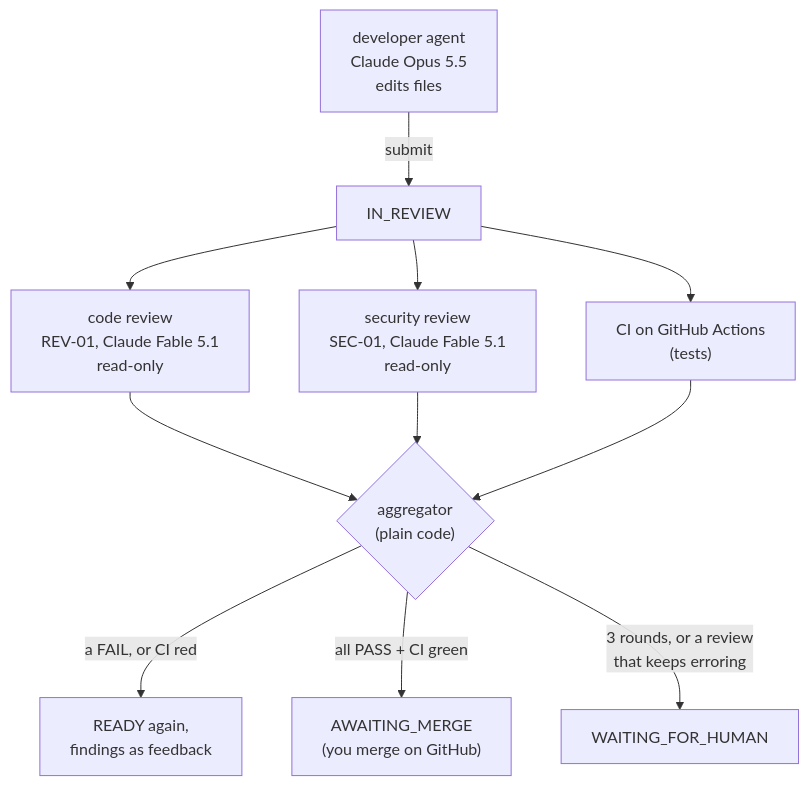
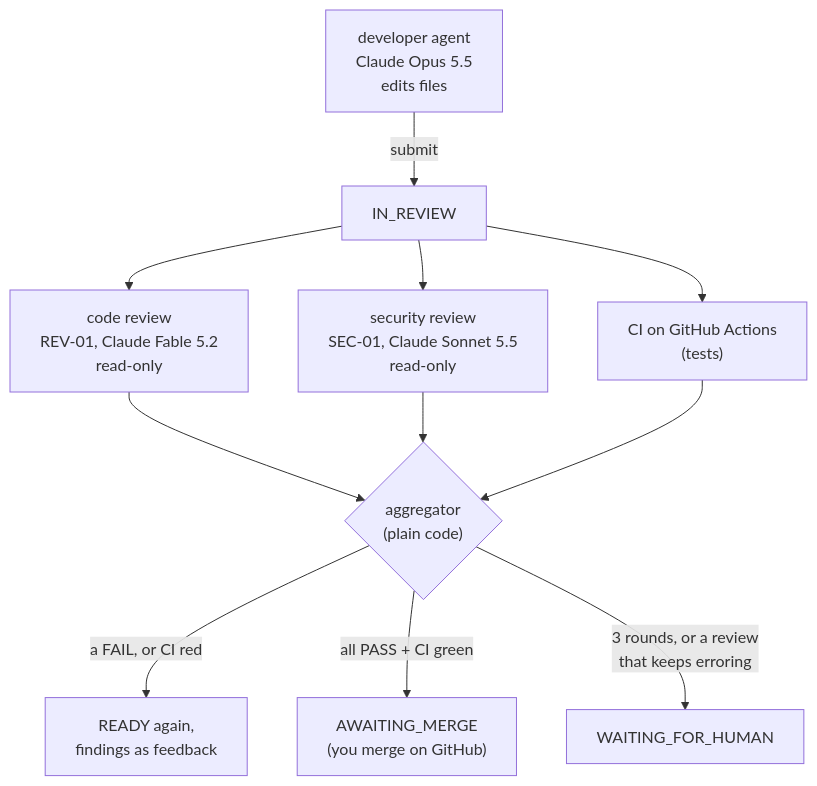
One commit to bharathcmbox/axiom changed the first of 20 diagrams in docs/guide/12-reviews-and-ci.md. Above: the diagram before and after it, drawn with Mermaid. The commit also changed other lines of this file and 18 other files, not shown here.

First line of the commit message:
Phase 5 T1: Fable 5.2 for code review, Sonnet 5.5 for security review

````diff
--- a/docs/guide/12-reviews-and-ci.md
+++ b/docs/guide/12-reviews-and-ci.md
@@ -10,13 +10,13 @@
 ```mermaid
 flowchart TB
     dev["developer agent<br/>Claude Opus 5.5<br/>edits files"] -->|submit| IR[IN_REVIEW]
-    IR --> r1["code review<br/>REV-01, Claude Fable 5.1<br/>read-only"]
-    IR --> r2["security review<br/>SEC-01, Claude Fable 5.1<br/>read-only"]
+    IR --> r1["code review<br/>REV-01, Claude Fable 5.2<br/>read-only"]
+    IR --> r2["security review<br/>SEC-01, Claude Sonnet 5.5<br/>read-only"]
     IR --> ci["CI on GitHub Actions<br/>(tests)"]
     r1 --> agg{"aggregator<br/>(plain code)"}
     r2 --> agg
     ci --> agg
     agg -->|"a FAIL, or CI red"| back["READY again,<br/>findings as feedback"]
     agg -->|"all PASS + CI green"| AM["AWAITING_MERGE<br/>(you merge on GitHub)"]
     agg -->|"3 rounds, or a review<br/>that keeps erroring"| you["WAITING_FOR_HUMAN"]
 ```
````
